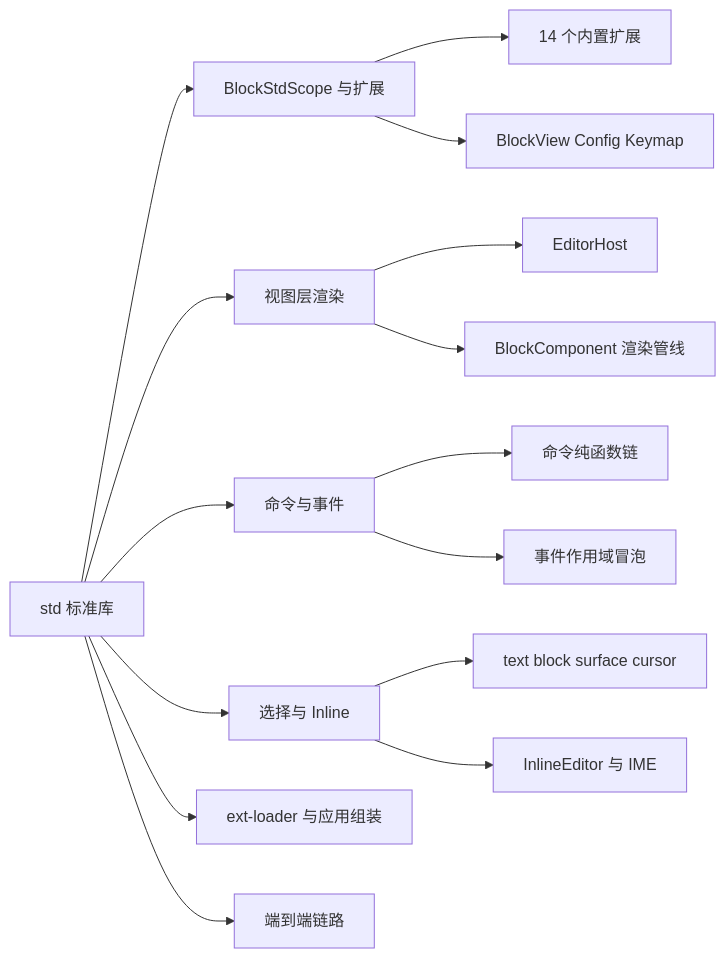
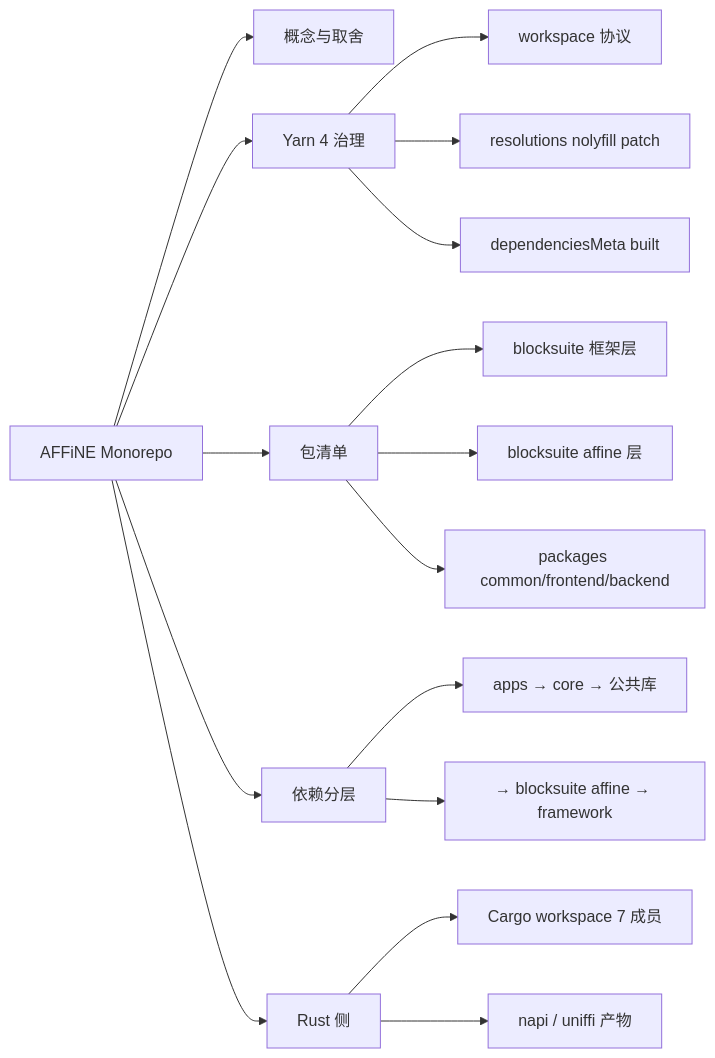
One commit to lfire/AFFiNE changed the first of 3 diagrams in learning-guide/slides/decks/13.md. Above: the diagram before and after it, drawn with Mermaid. The commit also changed other lines of this file and 73 other files, not shown here.

````diff
--- a/learning-guide/slides/decks/13.md
+++ b/learning-guide/slides/decks/13.md
@@ -33,17 +34,18 @@
 ```mermaid
 flowchart LR
-  ROOT["std 标准库"] --> A["BlockStdScope 与扩展"]
-  ROOT --> B["视图层渲染"]
-  ROOT --> C["命令与事件"]
-  ROOT --> D["选择与 Inline"]
-  ROOT --> E["ext-loader 与应用组装"]
-  ROOT --> F["端到端链路"]
-  A --> A1["14 个内置扩展"]
-  A --> A2["BlockView Config Keymap"]
-  B --> B1["EditorHost"]
-  B --> B2["BlockComponent 渲染管线"]
-  C --> C1["命令纯函数链"]
-  C --> C2["事件作用域冒泡"]
-  D --> D1["text block surface cursor"]
-  D --> D2["InlineEditor 与 IME"]
+  ROOT["AFFiNE Monorepo"] --> C["概念与取舍"]
+  ROOT --> Y["Yarn 4 治理"]
+  ROOT --> L["包清单"]
+  ROOT --> D["依赖分层"]
+  ROOT --> R["Rust 侧"]
+  Y --> Y1["workspace 协议"]
+  Y --> Y2["resolutions nolyfill patch"]
+  Y --> Y3["dependenciesMeta built"]
+  L --> L1["blocksuite 框架层"]
+  L --> L2["blocksuite affine 层"]
+  L --> L3["packages common/frontend/backend"]
+  D --> D1["apps → core → 公共库"]
+  D --> D2["→ blocksuite affine → framework"]
+  R --> R1["Cargo workspace 7 成员"]
+  R --> R2["napi / uniffi 产物"]
 ```
````
